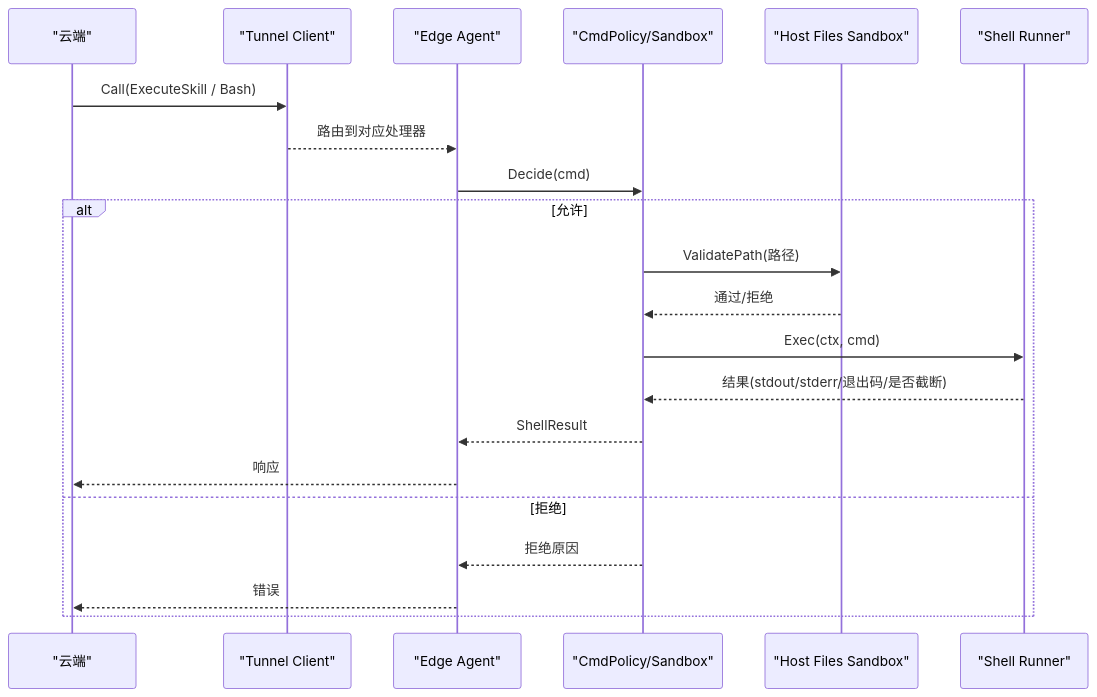
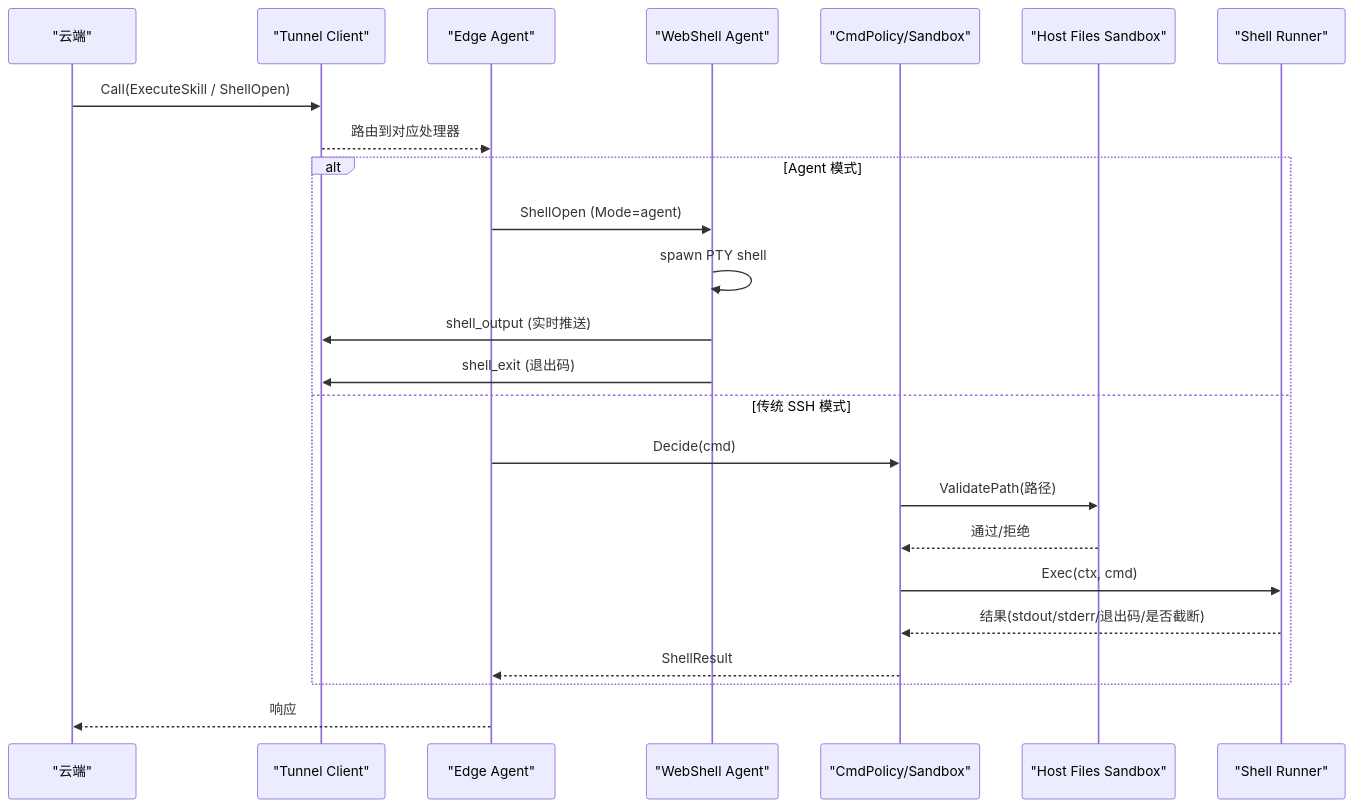
The second of 10 diagrams in .qoder/repowiki/zh/content/设备管理/远程执行与安全.md (xied1133-oss/ongrid), drawn with Mermaid before and after one commit. The commit also changed other lines of this file and 131 other files, not shown here.

````diff
--- a/.qoder/repowiki/zh/content/设备管理/远程执行与安全.md
+++ b/.qoder/repowiki/zh/content/设备管理/远程执行与安全.md
@@ -91,23 +114,26 @@
 ```mermaid
 sequenceDiagram
 participant C as "云端"
 participant T as "Tunnel Client"
 participant A as "Edge Agent"
+participant W as "WebShell Agent"
 participant P as "CmdPolicy/Sandbox"
 participant H as "Host Files Sandbox"
 participant R as "Shell Runner"
-C->>T : Call(ExecuteSkill / Bash)
+C->>T : Call(ExecuteSkill / ShellOpen)
 T-->>A : 路由到对应处理器
+alt Agent 模式
+A->>W : ShellOpen (Mode=agent)
+W->>W : spawn PTY shell
+W->>T : shell_output (实时推送)
+W->>T : shell_exit (退出码)
+else 传统 SSH 模式
 A->>P : Decide(cmd)
-alt 允许
 P->>H : ValidatePath(路径)
 H-->>P : 通过/拒绝
 P->>R : Exec(ctx, cmd)
 R-->>P : 结果(stdout/stderr/退出码/是否截断)
 P-->>A : ShellResult
+end
 A-->>C : 响应
-else 拒绝
-P-->>A : 拒绝原因
-A-->>C : 错误
-end
 ```
````
